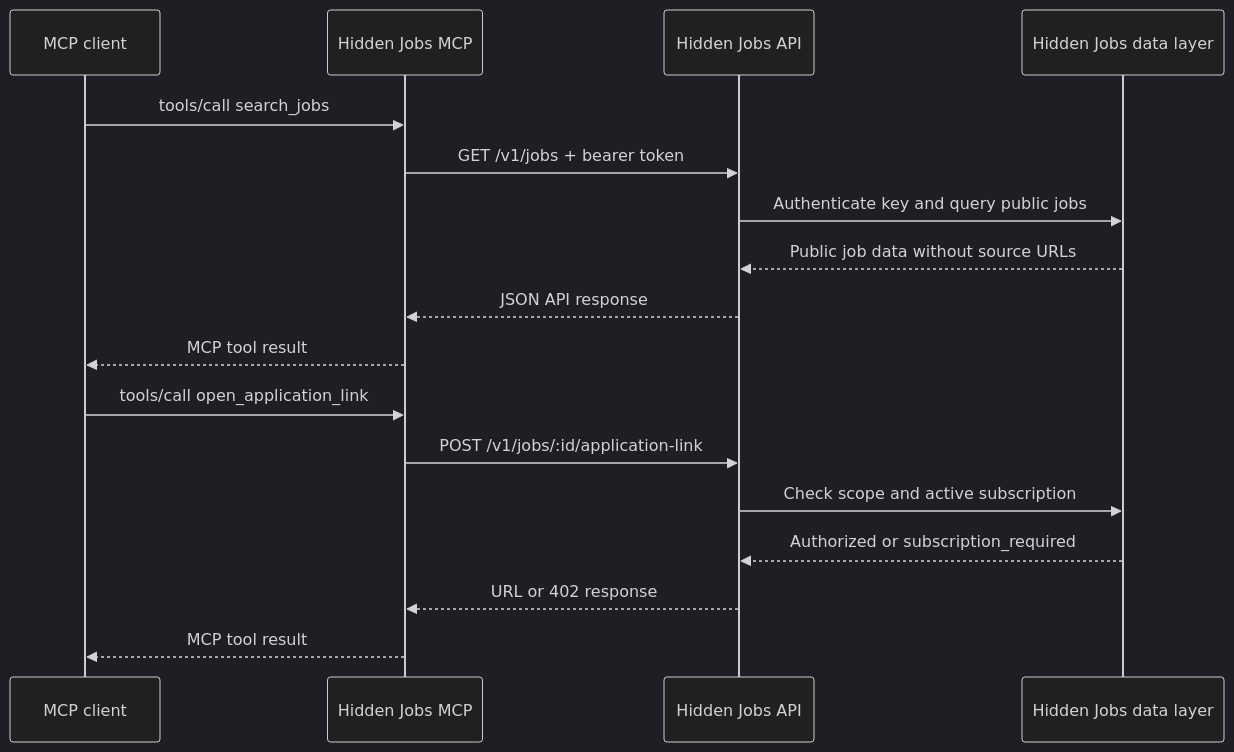
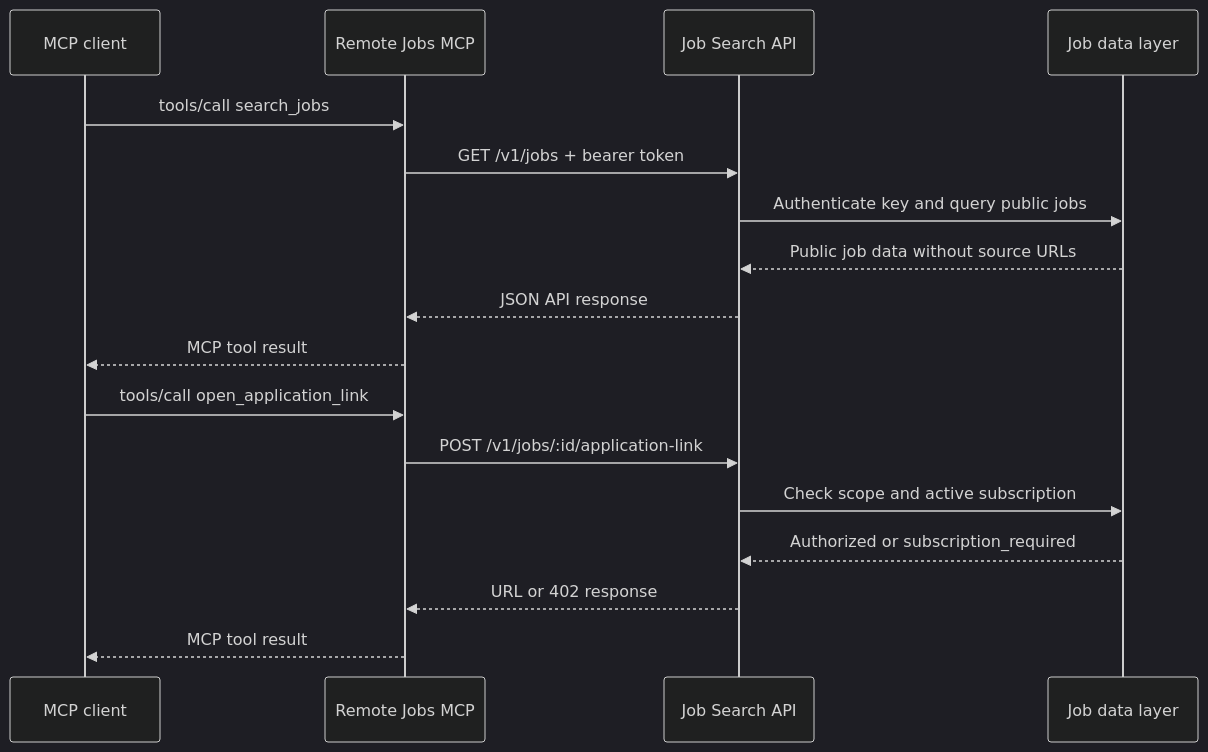
The second of 2 diagrams in README.md (hiddenjobs/job-search-mcp), drawn with Mermaid (dark theme) before and after one commit. The commit also changed other lines of this file and 14 other files, not shown here.

Commit message:
Present MCP as a remote job search product

````diff
--- a/README.md
+++ b/README.md
@@ -91,21 +100,21 @@
 ```mermaid
 sequenceDiagram
     participant C as MCP client
-    participant M as Hidden Jobs MCP
-    participant A as Hidden Jobs API
-    participant D as Hidden Jobs data layer
+    participant M as Remote Jobs MCP
+    participant A as Job Search API
+    participant D as Job data layer
 
     C->>M: tools/call search_jobs
     M->>A: GET /v1/jobs + bearer token
     A->>D: Authenticate key and query public jobs
     D-->>A: Public job data without source URLs
     A-->>M: JSON API response
     M-->>C: MCP tool result
 
     C->>M: tools/call open_application_link
     M->>A: POST /v1/jobs/:id/application-link
     A->>D: Check scope and active subscription
     D-->>A: Authorized or subscription_required
     A-->>M: URL or 402 response
     M-->>C: MCP tool result
 ```
````
